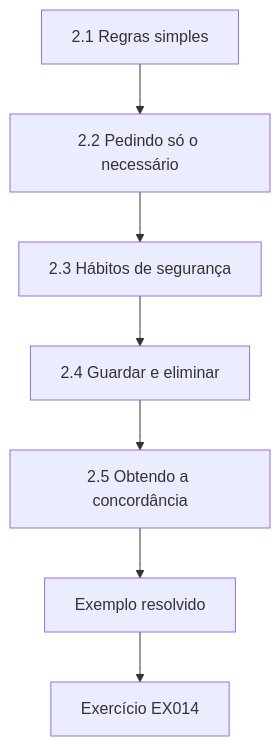
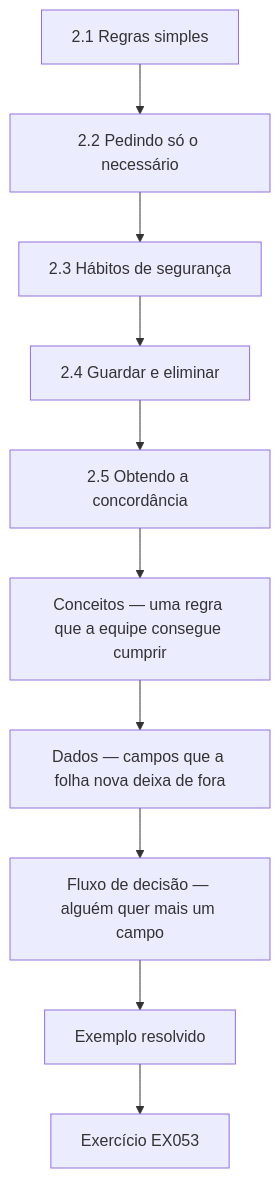
Before and after one commit to hiagokinlevi/CyKin: the fourth of 12 diagrams in levels/rapid-1-month/data-governance/pt/book/MANUSCRIPT.md, drawn with Mermaid. The commit also changed other lines of this file and 1 other file, not shown here.

````diff
--- a/levels/rapid-1-month/data-governance/pt/book/MANUSCRIPT.md
+++ b/levels/rapid-1-month/data-governance/pt/book/MANUSCRIPT.md
@@ -157,11 +223,14 @@
 ```mermaid
 flowchart TD
   N0["2.1 Regras simples"]
   N1["2.2 Pedindo só o necessário"]
   N2["2.3 Hábitos de segurança"]
   N3["2.4 Guardar e eliminar"]
   N4["2.5 Obtendo a concordância"]
-  N0 --> N1 --> N2 --> N3 --> N4
-  N4 --> EX["Exemplo resolvido"]
-  EX --> Q["Exercício EX014"]
+  N5["Conceitos — uma regra que a equipe consegue cumprir"]
+  N6["Dados — campos que a folha nova deixa de fora"]
+  N7["Fluxo de decisão — alguém quer mais um campo"]
+  N0 --> N1 --> N2 --> N3 --> N4 --> N5 --> N6 --> N7
+  N7 --> EX["Exemplo resolvido"]
+  EX --> Q["Exercício EX053"]
 ```
````
